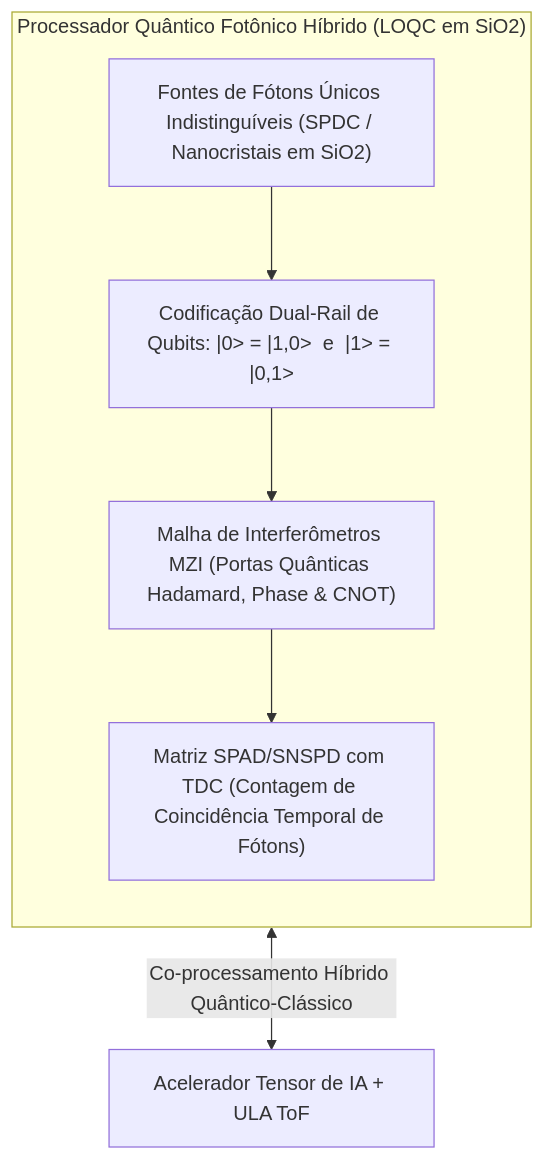
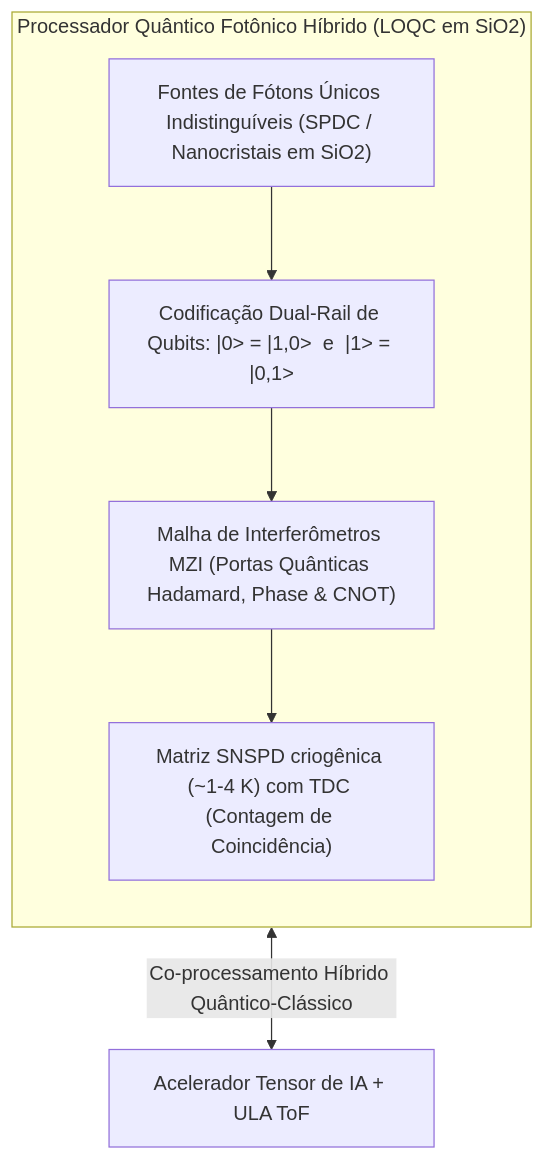
Before and after one commit to Roliveira96/SilicaCore: the diagram in docs/architecture/08-processamento-quantico-fotonico-loqc.md, drawn with Mermaid. The commit also changed other lines of this file and 10 other files, not shown here.

First line of the commit message:
docs(architecture): alinhar docs 01-10 a simulacao e adotar substrato de geometria agnostica

````diff
--- a/docs/architecture/08-processamento-quantico-fotonico-loqc.md
+++ b/docs/architecture/08-processamento-quantico-fotonico-loqc.md
@@ -9,16 +14,16 @@
 ```mermaid
 flowchart TD
     subgraph CoreQuantico["Processador Quântico Fotônico Híbrido (LOQC em SiO2)"]
         direction TB
         FonteFotons["Fontes de Fótons Únicos Indistinguíveis (SPDC / Nanocristais em SiO2)"]
         QubitEncoding["Codificação Dual-Rail de Qubits: |0> = |1,0>  e  |1> = |0,1>"]
         MalhaLOQC["Malha de Interferômetros MZI (Portas Quânticas Hadamard, Phase & CNOT)"]
-        MedicaoSPAD["Matriz SPAD/SNSPD com TDC (Contagem de Coincidência Temporal de Fótons)"]
+        MedicaoSPAD["Matriz SNSPD criogênica (~1-4 K) com TDC (Contagem de Coincidência)"]
         
         FonteFotons --> QubitEncoding
         QubitEncoding --> MalhaLOQC
         MalhaLOQC --> MedicaoSPAD
     end
 
     CoreQuantico <--> |"Co-processamento Híbrido Quântico-Clássico"| AceleradorIA["Acelerador Tensor de IA + ULA ToF"]
 ```
````
